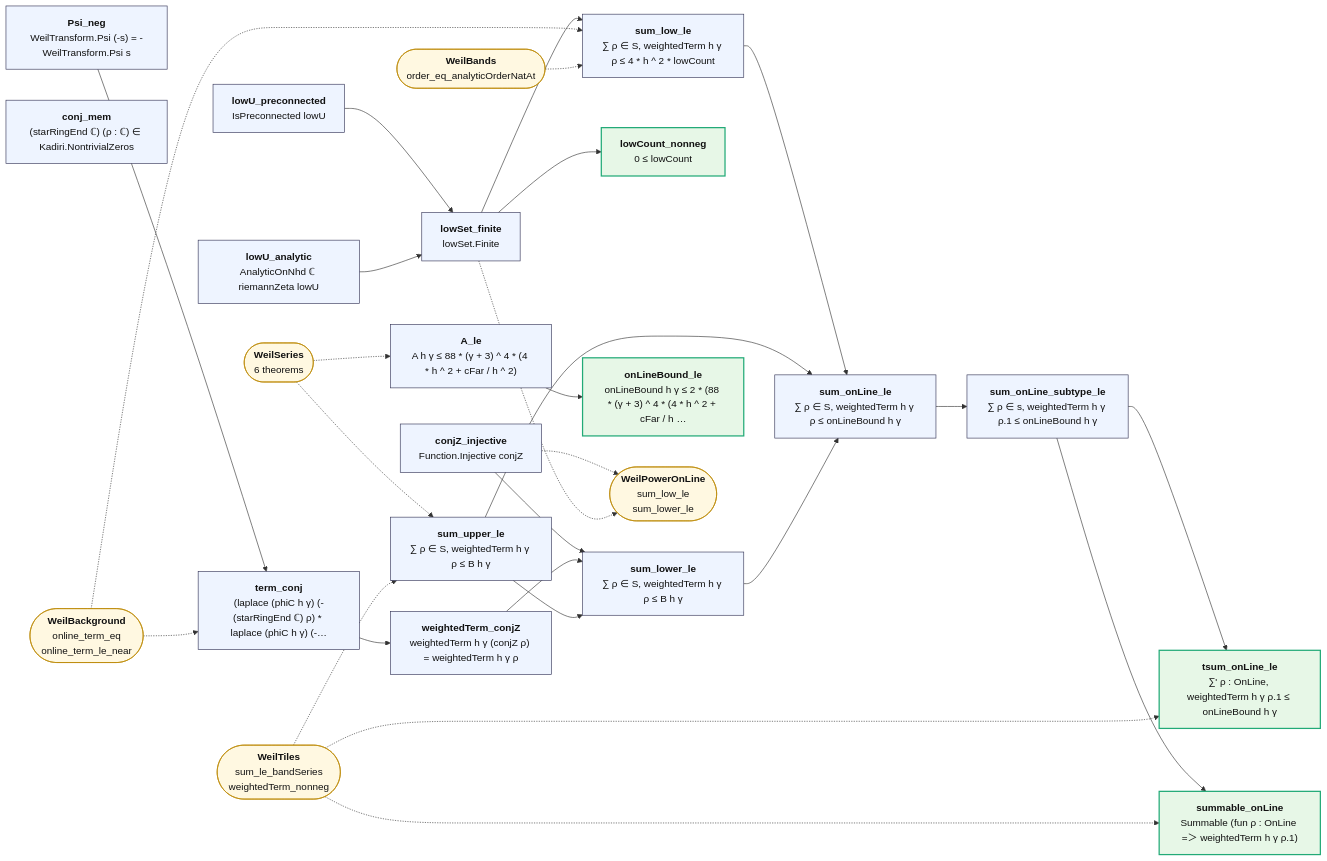
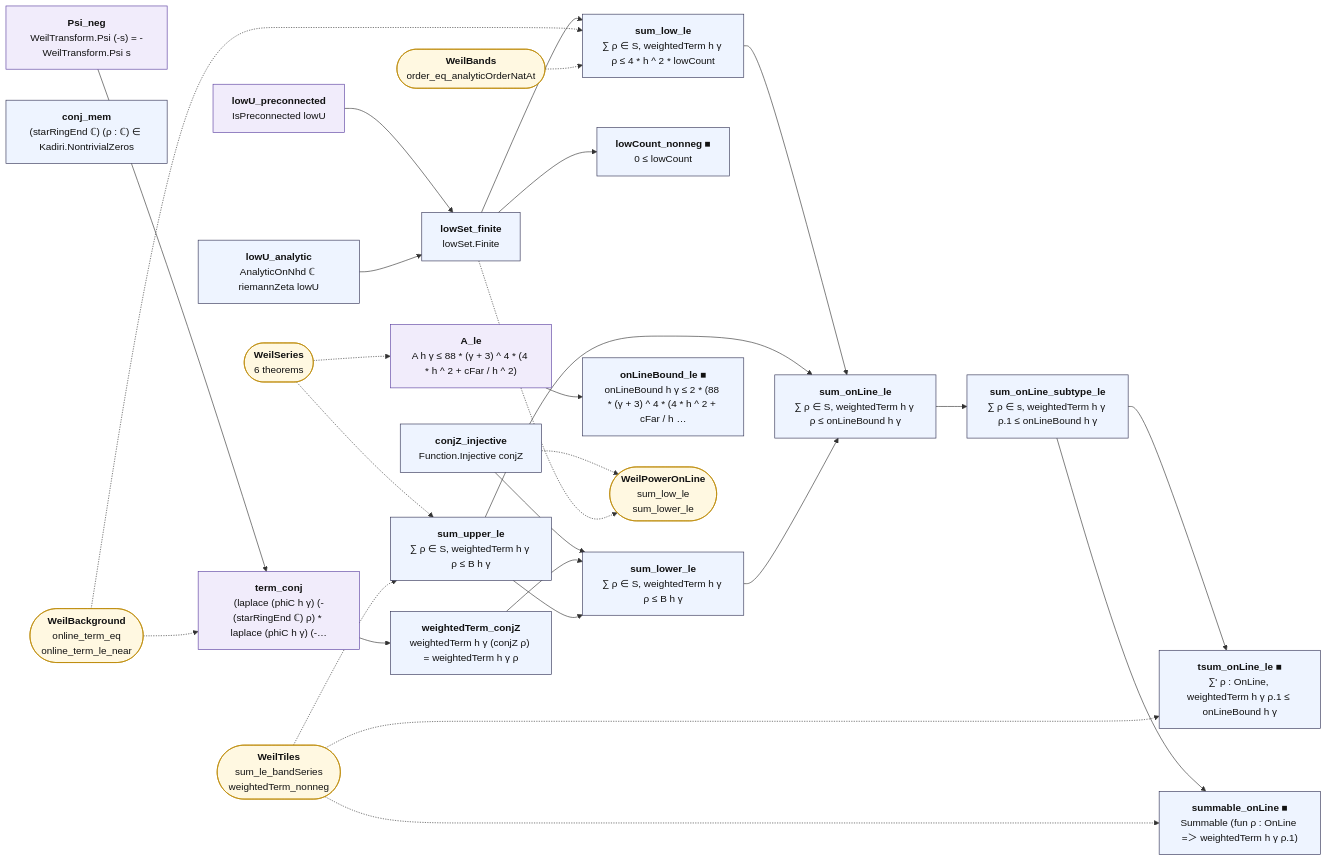
Before and after one commit to juliansambranojr/Primebeat_081426: the diagram in map/lean_stage3/WeilOnLine.md, drawn with Mermaid. The commit also changed other lines of this file and 398 other files, not shown here.

````diff
--- a/map/lean_stage3/WeilOnLine.md
+++ b/map/lean_stage3/WeilOnLine.md
@@ -12,57 +12,60 @@
 ```mermaid
 flowchart LR
-  n0["<b>Psi_neg</b><br/>WeilTransform.Psi (-s) = -WeilTransform.Psi s"]:::thm
-  n1["<b>term_conj</b><br/>(laplace (phiC h γ) (-(starRingEnd ℂ) ρ) * laplace (phiC h γ) (-…"]:::thm
+  n0["<b>Psi_neg</b><br/>WeilTransform.Psi (-s) = -WeilTransform.Psi s"]:::shp
+  n1["<b>term_conj</b><br/>(laplace (phiC h γ) (-(starRingEnd ℂ) ρ) * laplace (phiC h γ) (-…"]:::shp
   n2["<b>conj_mem</b><br/>(starRingEnd ℂ) (ρ : ℂ) ∈ Kadiri.NontrivialZeros"]:::thm
   n3["<b>conjZ_injective</b><br/>Function.Injective conjZ"]:::thm
   n4["<b>weightedTerm_conjZ</b><br/>weightedTerm h γ (conjZ ρ) = weightedTerm h γ ρ"]:::thm
   n5["<b>sum_upper_le</b><br/>∑ ρ ∈ S, weightedTerm h γ ρ ≤ B h γ"]:::thm
   n6["<b>sum_lower_le</b><br/>∑ ρ ∈ S, weightedTerm h γ ρ ≤ B h γ"]:::thm
-  n7["<b>lowU_preconnected</b><br/>IsPreconnected lowU"]:::thm
+  n7["<b>lowU_preconnected</b><br/>IsPreconnected lowU"]:::shp
   n8["<b>lowU_analytic</b><br/>AnalyticOnNhd ℂ riemannZeta lowU"]:::thm
   n9["<b>lowSet_finite</b><br/>lowSet.Finite"]:::thm
-  n10["<b>lowCount_nonneg</b><br/>0 ≤ lowCount"]:::end_
+  n10["<b>lowCount_nonneg ■</b><br/>0 ≤ lowCount"]:::thm
   n11["<b>sum_low_le</b><br/>∑ ρ ∈ S, weightedTerm h γ ρ ≤ 4 * h ^ 2 * lowCount"]:::thm
   n12["<b>sum_onLine_le</b><br/>∑ ρ ∈ S, weightedTerm h γ ρ ≤ onLineBound h γ"]:::thm
   n13["<b>sum_onLine_subtype_le</b><br/>∑ ρ ∈ s, weightedTerm h γ ρ.1 ≤ onLineBound h γ"]:::thm
-  n14["<b>tsum_onLine_le</b><br/>∑' ρ : OnLine, weightedTerm h γ ρ.1 ≤ onLineBound h γ"]:::end_
-  n15["<b>summable_onLine</b><br/>Summable (fun ρ : OnLine =＞ weightedTerm h γ ρ.1)"]:::end_
-  n16["<b>A_le</b><br/>A h γ ≤ 88 * (γ + 3) ^ 4 * (4 * h ^ 2 + cFar / h ^ 2)"]:::thm
-  n17["<b>onLineBound_le</b><br/>onLineBound h γ ≤ 2 * (88 * (γ + 3) ^ 4 * (4 * h ^ 2 + cFar / h …"]:::end_
+  n14["<b>tsum_onLine_le ■</b><br/>∑' ρ : OnLine, weightedTerm h γ ρ.1 ≤ onLineBound h γ"]:::thm
+  n15["<b>summable_onLine ■</b><br/>Summable (fun ρ : OnLine =＞ weightedTerm h γ ρ.1)"]:::thm
+  n16["<b>A_le</b><br/>A h γ ≤ 88 * (γ + 3) ^ 4 * (4 * h ^ 2 + cFar / h ^ 2)"]:::shp
+  n17["<b>onLineBound_le ■</b><br/>onLineBound h γ ≤ 2 * (88 * (γ + 3) ^ 4 * (4 * h ^ 2 + cFar / h …"]:::thm
   x0(["<b>WeilBackground</b><br/>online_term_eq<br/>online_term_le_near"]):::ext
   x1(["<b>WeilPowerOnLine</b><br/>sum_low_le<br/>sum_lower_le"]):::ext
   x2(["<b>WeilSeries</b><br/>6 theorems"]):::ext
   x3(["<b>WeilTiles</b><br/>sum_le_bandSeries<br/>weightedTerm_nonneg"]):::ext
   x4(["<b>WeilBands</b><br/>order_eq_analyticOrderNatAt"]):::ext
   n0 --> n1
   n1 --> n4
   n11 --> n12
   n12 --> n13
   n13 --> n14
   n13 --> n15
   n16 --> n17
   n3 --> n6
   n4 --> n6
   n5 --> n12
   n5 --> n6
   n6 --> n12
   n7 --> n9
   n8 --> n9
   n9 --> n10
   n9 --> n11
   n3 -.-> x1
   n9 -.-> x1
   x0 -.-> n1
   x0 -.-> n11
   x2 -.-> n16
   x2 -.-> n5
   x3 -.-> n14
   x3 -.-> n15
   x3 -.-> n5
   x4 -.-> n11
+  classDef cnt fill:#dff5ec,stroke:#17694a,color:#111
+  classDef shp fill:#f1ecfb,stroke:#5b3fa0,color:#111
+  classDef rh fill:#ffe5e5,stroke:#c22,color:#111,stroke-width:2px
   classDef thm fill:#eef4ff,stroke:#335,color:#111
   classDef end_ fill:#e7f7e7,stroke:#2a7,color:#111,stroke-width:2px
   classDef lone fill:#fff,stroke:#999,color:#111,stroke-dasharray:4 3
   classDef bad fill:#ffe5e5,stroke:#c22,color:#111,stroke-width:2px
   classDef ext fill:#fff8e1,stroke:#b80,color:#111
 ```
````
